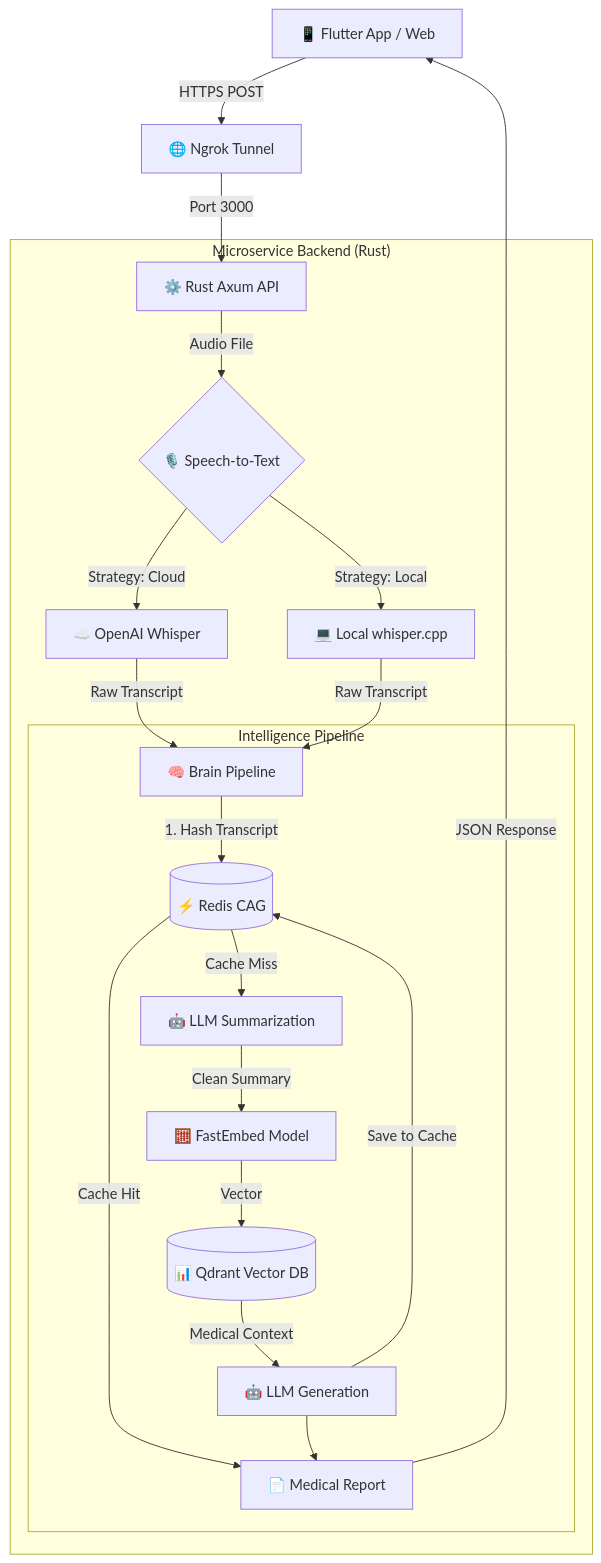
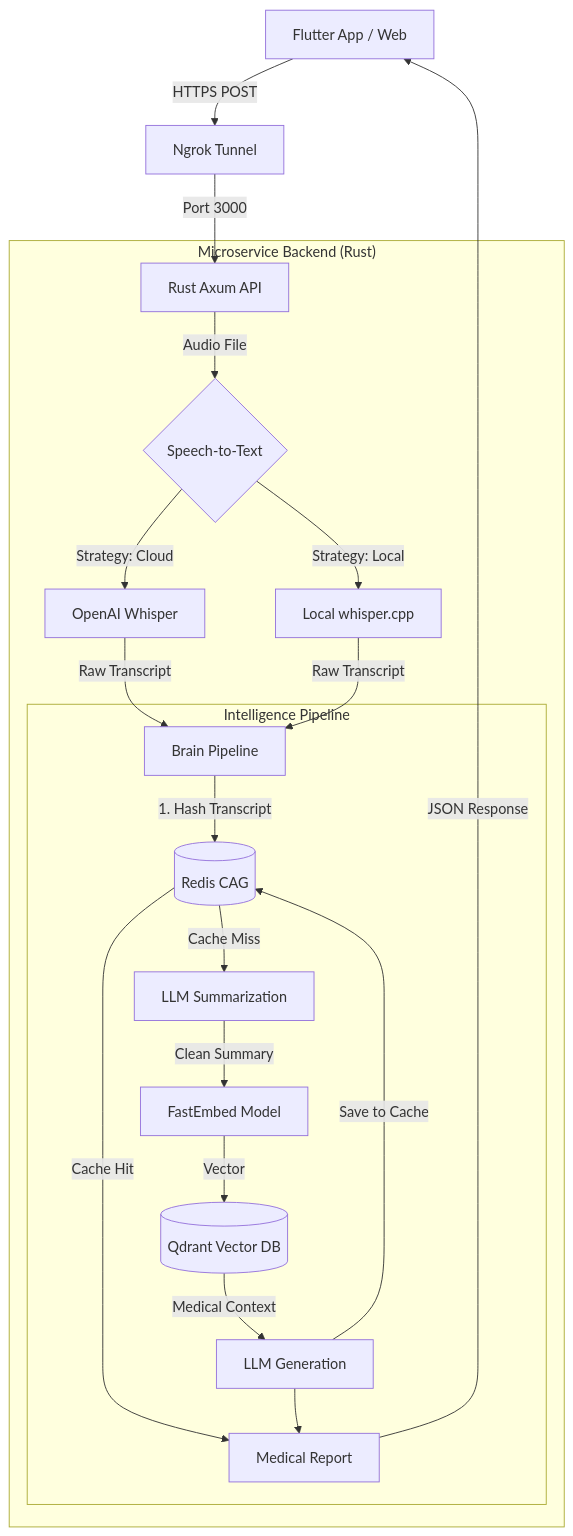
The diagram in README.md (blackeagle686/doctor_assitant_ai), drawn with Mermaid before and after one commit. The commit also changed other lines of this file, not shown here.

Commit message:
Update README structure and remove mermaid emojis

````diff
--- a/README.md
+++ b/README.md
@@ -34,30 +34,30 @@
 ```mermaid
 graph TD
     %% Frontend & Entrypoint
-    Client[📱 Flutter App / Web] -->|HTTPS POST| Ngrok[🌐 Ngrok Tunnel]
-    Ngrok -->|Port 3000| Axum[⚙️ Rust Axum API]
+    Client[Flutter App / Web] -->|HTTPS POST| Ngrok[Ngrok Tunnel]
+    Ngrok -->|Port 3000| Axum[Rust Axum API]
 
     %% API Layer
     subgraph "Microservice Backend (Rust)"
-        Axum -->|Audio File| STT{🎙️ Speech-to-Text}
-        STT -->|Strategy: Cloud| WhisperAPI[☁️ OpenAI Whisper]
-        STT -->|Strategy: Local| WhisperCPP[💻 Local whisper.cpp]
+        Axum -->|Audio File| STT{Speech-to-Text}
+        STT -->|Strategy: Cloud| WhisperAPI[OpenAI Whisper]
+        STT -->|Strategy: Local| WhisperCPP[Local whisper.cpp]
         
-        WhisperAPI -->|Raw Transcript| Brain[🧠 Brain Pipeline]
+        WhisperAPI -->|Raw Transcript| Brain[Brain Pipeline]
         WhisperCPP -->|Raw Transcript| Brain
         
         subgraph "Intelligence Pipeline"
-            Brain -->|1. Hash Transcript| Redis[(⚡ Redis CAG)]
-            Redis -- Cache Hit --> Final[📄 Medical Report]
-            Redis -- Cache Miss --> LLM_Clean[🤖 LLM Summarization]
+            Brain -->|1. Hash Transcript| Redis[(Redis CAG)]
+            Redis -- Cache Hit --> Final[Medical Report]
+            Redis -- Cache Miss --> LLM_Clean[LLM Summarization]
             
-            LLM_Clean -->|Clean Summary| Embedder[🧮 FastEmbed Model]
-            Embedder -->|Vector| Qdrant[(📊 Qdrant Vector DB)]
-            Qdrant -->|Medical Context| LLM_Gen[🤖 LLM Generation]
+            LLM_Clean -->|Clean Summary| Embedder[FastEmbed Model]
+            Embedder -->|Vector| Qdrant[(Qdrant Vector DB)]
+            Qdrant -->|Medical Context| LLM_Gen[LLM Generation]
             LLM_Gen -->|Save to Cache| Redis
             LLM_Gen --> Final
         end
     end
 
     Final -->|JSON Response| Client
 ```
````
